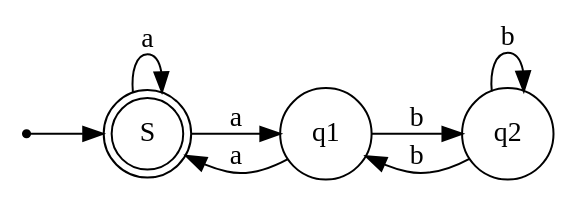
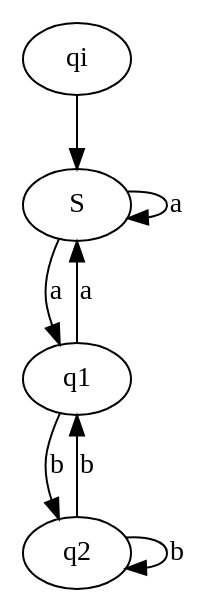
The diagram in A.dot (Caramelo18/COMP-Project), drawn with Graphviz before and after one commit. The commit also changed 6 other files, not shown here.

Commit message:
Using graphstream to parse files

```diff
--- a/A.dot
+++ b/A.dot
@@ -1,16 +1,9 @@
 digraph finite_state_machine {
-    rankdir=LR;
-    size="8,5"
-
-    node [shape = doublecircle]; S;
-    node [shape = point ]; qi
-
-    node [shape = circle];
     qi -> S;
     S  -> q1 [ label = "a" ];
     S  -> S  [ label = "a" ];
     q1 -> S  [ label = "a" ];
     q1 -> q2 [ label = "b" ];
     q2 -> q1 [ label = "b" ];
     q2 -> q2 [ label = "b" ];
 }
```
